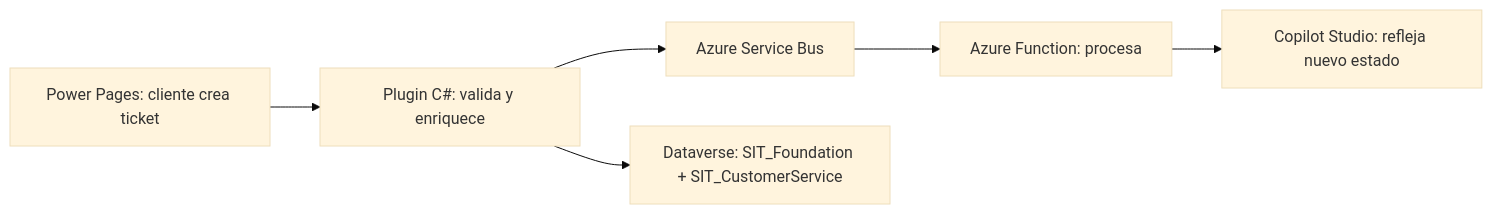
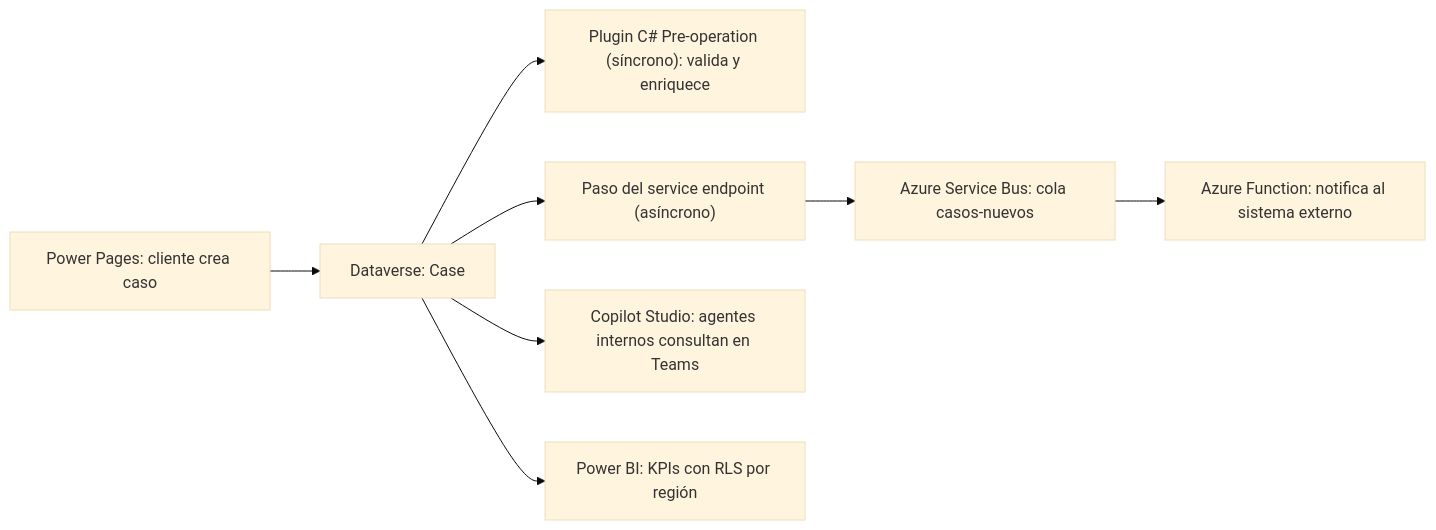
One commit to EdwingAlarcon/PlanEstudio changed the diagram in app-elearning/content/modules/avanzado/30-proyecto-multicapa-nivel-3.md. Above: the diagram before and after it, drawn with Mermaid (base theme). The commit also changed other lines of this file and 59 other files, not shown here.

````diff
--- a/app-elearning/content/modules/avanzado/30-proyecto-multicapa-nivel-3.md
+++ b/app-elearning/content/modules/avanzado/30-proyecto-multicapa-nivel-3.md
@@ -26,8 +52,10 @@
 ```mermaid
 graph LR
-  A["Power Pages: cliente crea ticket"] --> B["Plugin C#: valida y enriquece"]
-  B --> C["Azure Service Bus"]
-  C --> D["Azure Function: procesa"]
-  D --> E["Copilot Studio: refleja nuevo estado"]
-  B --> F["Dataverse: SIT_Foundation + SIT_CustomerService"]
+  A["Power Pages: cliente crea caso"] --> B["Dataverse: Case"]
+  B --> C["Plugin C# Pre-operation (síncrono): valida y enriquece"]
+  B --> D["Paso del service endpoint (asíncrono)"]
+  D --> E["Azure Service Bus: cola casos-nuevos"]
+  E --> F["Azure Function: notifica al sistema externo"]
+  B --> G["Copilot Studio: agentes internos consultan en Teams"]
+  B --> H["Power BI: KPIs con RLS por región"]
 ```
````
